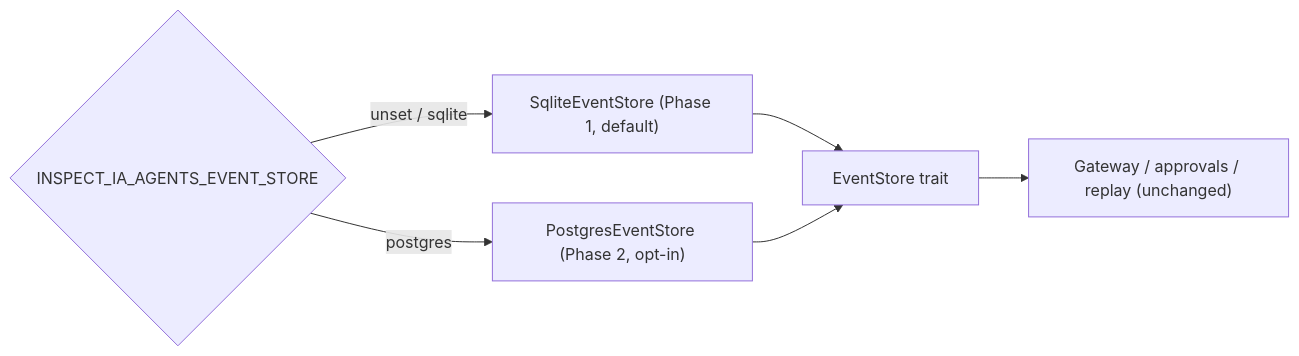
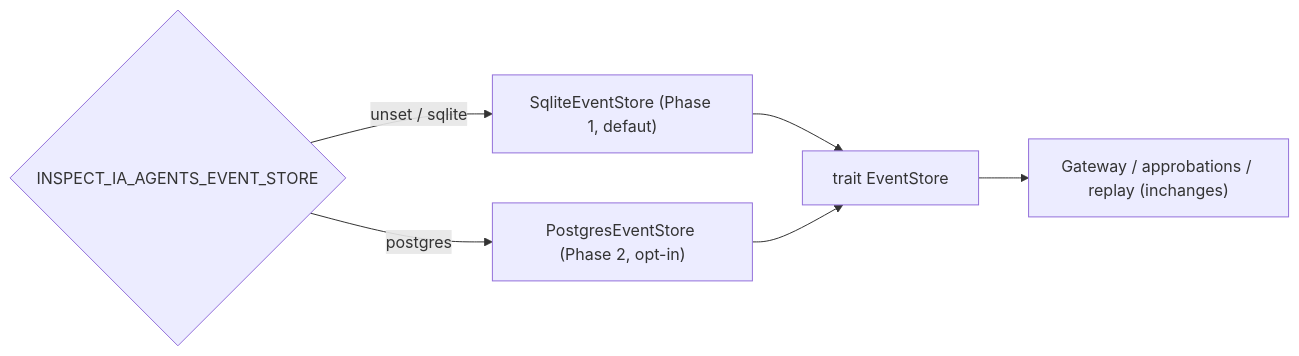
One commit to mo0ogly/recette_IA_agents changed the first of 2 diagrams in docs/runbooks/event-store-postgres.md. Above: the diagram before and after it, drawn with Mermaid. The commit also changed other lines of this file and 25 other files, not shown here.

````diff
--- a/docs/runbooks/event-store-postgres.md
+++ b/docs/runbooks/event-store-postgres.md
@@ -28,8 +28,8 @@
 ```mermaid
 flowchart LR
-  ENV{"INSPECT_IA_AGENTS_EVENT_STORE"} -->|unset / sqlite| SQ["SqliteEventStore (Phase 1, default)"]
+  ENV{"INSPECT_IA_AGENTS_EVENT_STORE"} -->|unset / sqlite| SQ["SqliteEventStore (Phase 1, defaut)"]
   ENV -->|postgres| PG["PostgresEventStore (Phase 2, opt-in)"]
-  SQ --> T["EventStore trait"]
+  SQ --> T["trait EventStore"]
   PG --> T
-  T --> GW["Gateway / approvals / replay (unchanged)"]
+  T --> GW["Gateway / approbations / replay (inchanges)"]
 ```
````
